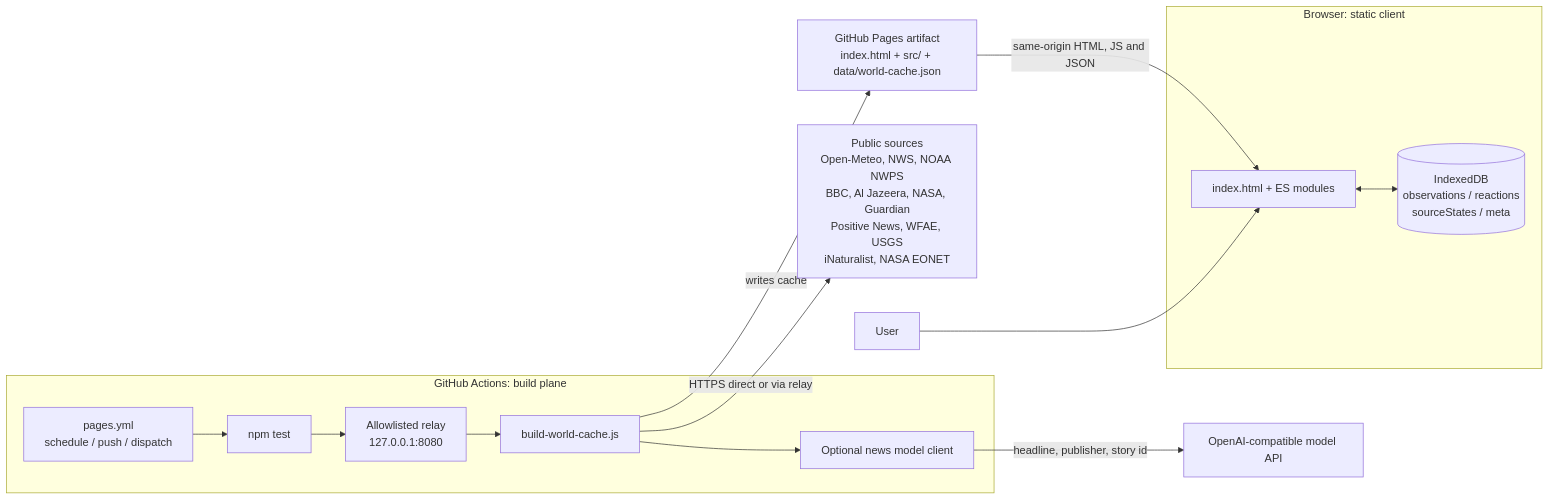
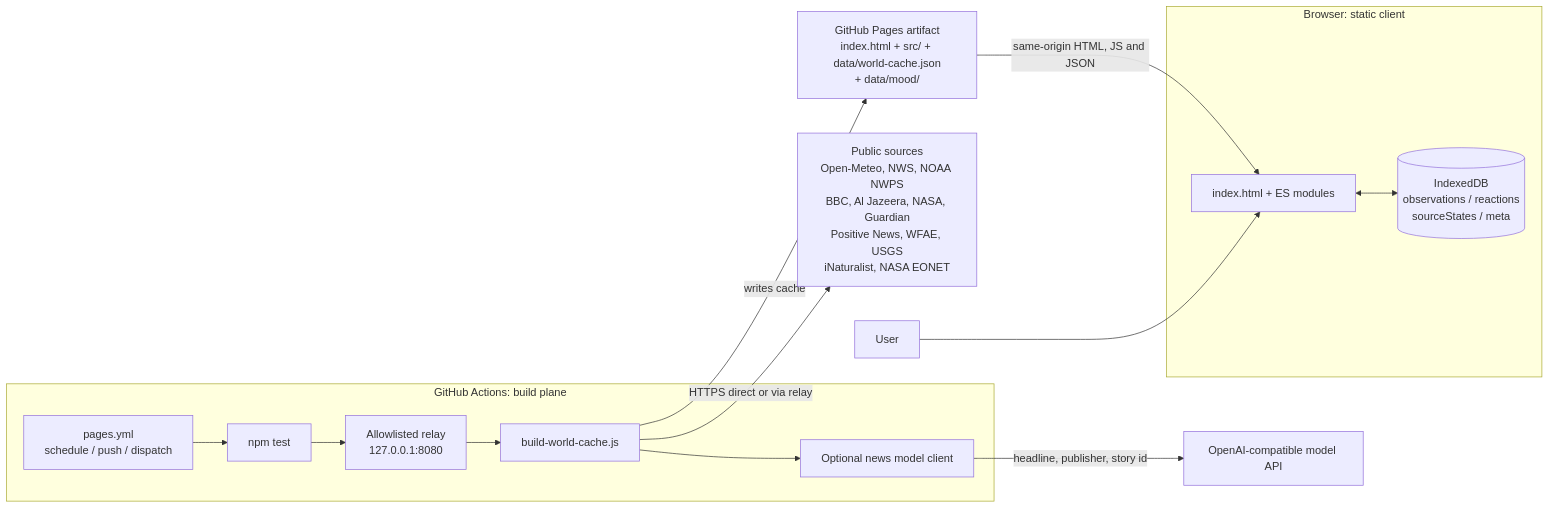
The first of 6 diagrams in docs/murmur-paper.md (slayyyyer/murmur), drawn with Mermaid before and after one commit. The commit also changed other lines of this file and 13 other files, not shown here.

First line of the commit message:
Add hourly mood history and chart

````diff
--- a/docs/murmur-paper.md
+++ b/docs/murmur-paper.md
@@ -100,29 +100,29 @@
 ```mermaid
 flowchart LR
   subgraph Browser["Browser: static client"]
     UI["index.html + ES modules"]
     IDB[("IndexedDB<br/>observations / reactions<br/>sourceStates / meta")]
     UI <--> IDB
   end
 
   subgraph Actions["GitHub Actions: build plane"]
     WF["pages.yml<br/>schedule / push / dispatch"]
     TEST["npm test"]
     RELAY["Allowlisted relay<br/>127.0.0.1:8080"]
     BUILD["build-world-cache.js"]
     MODEL["Optional news model client"]
     WF --> TEST --> RELAY --> BUILD
     BUILD --> MODEL
   end
 
   SOURCES["Public sources<br/>Open-Meteo, NWS, NOAA NWPS<br/>BBC, Al Jazeera, NASA, Guardian<br/>Positive News, WFAE, USGS<br/>iNaturalist, NASA EONET"]
   API["OpenAI-compatible model API"]
-  ARTIFACT["GitHub Pages artifact<br/>index.html + src/ + data/world-cache.json"]
+  ARTIFACT["GitHub Pages artifact<br/>index.html + src/ + data/world-cache.json<br/>+ data/mood/"]
   USER["User"]
 
   BUILD -->|"HTTPS direct or via relay"| SOURCES
   MODEL -->|"headline, publisher, story id"| API
   BUILD -->|"writes cache"| ARTIFACT
   ARTIFACT -->|"same-origin HTML, JS and JSON"| UI
   USER --> UI
 ```
````
